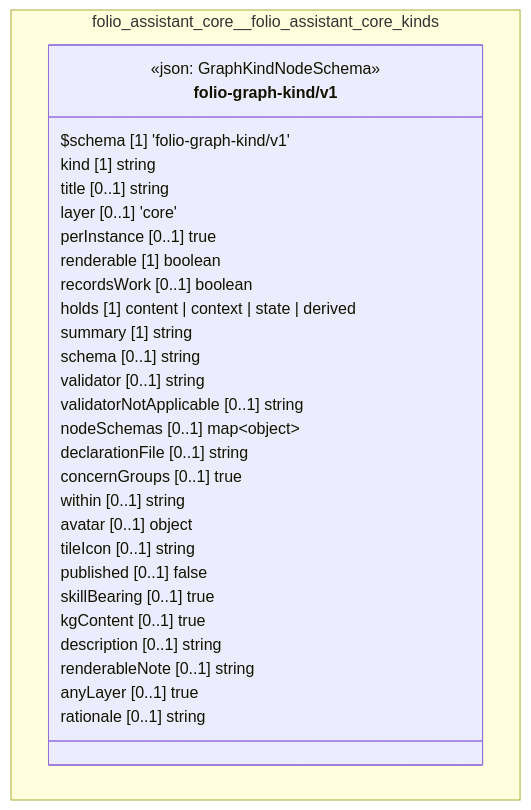
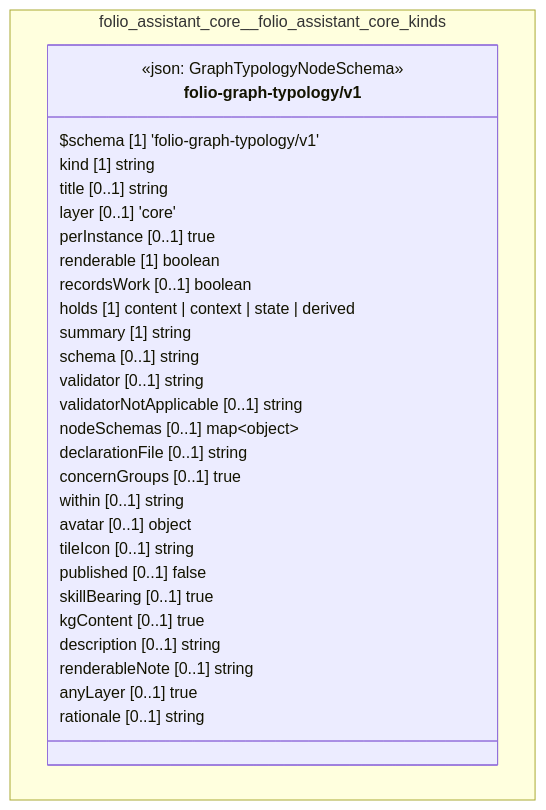
The diagram in cat-harness/docs/uml/overview/folio-assistant-core/folio-assistant-core-kinds.md (litlfred/folio-assistant), drawn with Mermaid before and after one commit. The commit also changed other lines of this file and 1369 other files, not shown here.

First line of the commit message:
Rename "graph kind" to "graph typology", everywhere, no alias (#2200)

````diff
--- a/cat-harness/docs/uml/overview/folio-assistant-core/folio-assistant-core-kinds.md
+++ b/cat-harness/docs/uml/overview/folio-assistant-core/folio-assistant-core-kinds.md
@@ -42,35 +42,35 @@
 ```mermaid
 classDiagram
   direction TB
   namespace folio_assistant_core__folio_assistant_core_kinds {
-    class folio_assistant_core_folio_assistant_core_kinds_folio_graph_kind_v1_folio_graph_kind_v1["folio-graph-kind/v1"] {
-      <<json: GraphKindNodeSchema>>
-      $schema [1] 'folio-graph-kind/v1'
+    class folio_assistant_core_folio_assistant_core_kinds_folio_graph_typology_v1_folio_graph_typology_v1["folio-graph-typology/v1"] {
+      <<json: GraphTypologyNodeSchema>>
+      $schema [1] 'folio-graph-typology/v1'
       kind [1] string
       title [0..1] string
       layer [0..1] 'core'
       perInstance [0..1] true
       renderable [1] boolean
       recordsWork [0..1] boolean
       holds [1] content | context | state | derived
       summary [1] string
       schema [0..1] string
       validator [0..1] string
       validatorNotApplicable [0..1] string
       nodeSchemas [0..1] map~object~
       declarationFile [0..1] string
       concernGroups [0..1] true
       within [0..1] string
       avatar [0..1] object
       tileIcon [0..1] string
       published [0..1] false
       skillBearing [0..1] true
       kgContent [0..1] true
       description [0..1] string
       renderableNote [0..1] string
       anyLayer [0..1] true
       rationale [0..1] string
     }
   }
-  cssClass "folio_assistant_core_folio_assistant_core_kinds_folio_graph_kind_v1_folio_graph_kind_v1" fa_uml_kind_kinds
+  cssClass "folio_assistant_core_folio_assistant_core_kinds_folio_graph_typology_v1_folio_graph_typology_v1" fa_uml_kind_kinds
 ```
````
